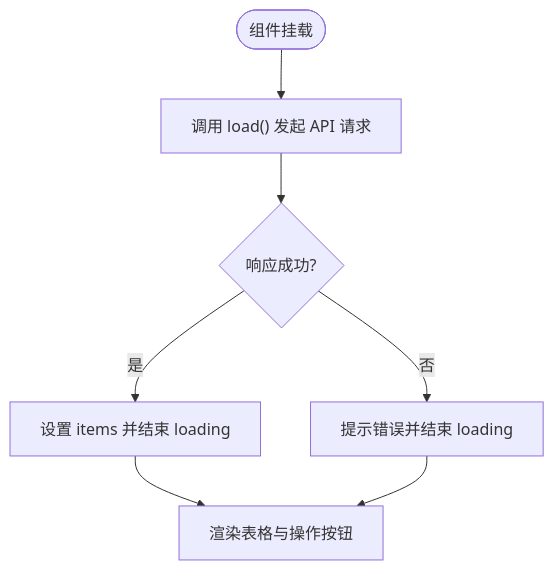
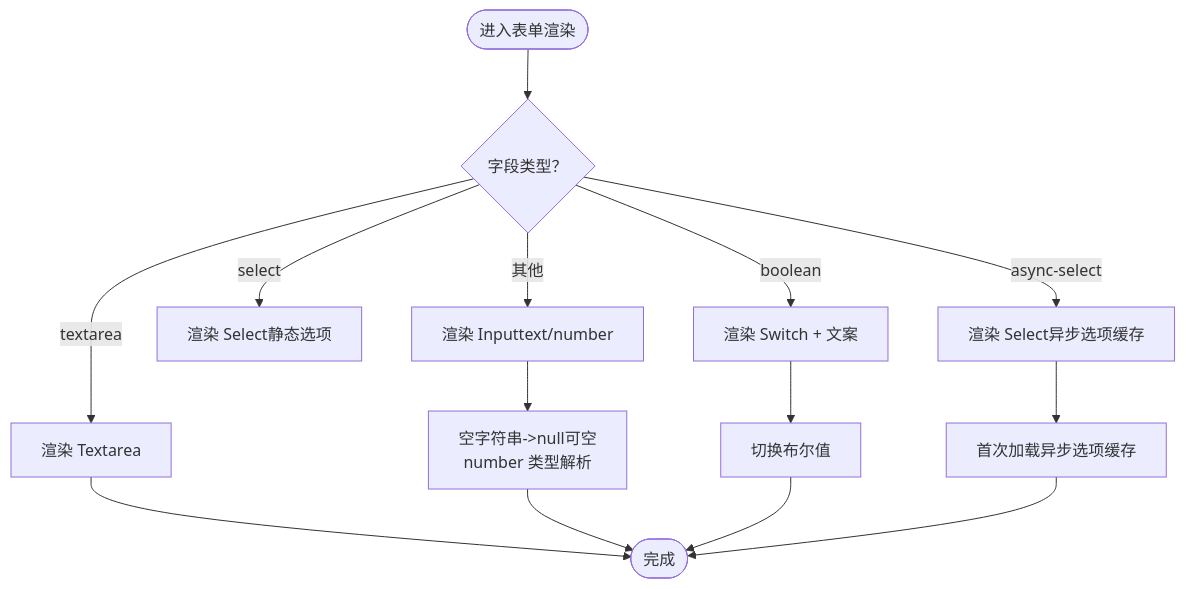
The third of 6 diagrams in docs/前端管理界面/组件设计模式/CRUD 页面组件.md (x01n/My-OpenWaf), drawn with Mermaid before and after one commit. The commit also changed other lines of this file and 199 other files, not shown here.

````diff
--- a/docs/前端管理界面/组件设计模式/CRUD 页面组件.md
+++ b/docs/前端管理界面/组件设计模式/CRUD 页面组件.md
@@ -210,9 +156,16 @@
 ```mermaid
 flowchart TD
-Start(["组件挂载"]) --> Load["调用 load() 发起 API 请求"]
-Load --> Resp{"响应成功?"}
-Resp --> |是| SetItems["设置 items 并结束 loading"]
-Resp --> |否| Toast["提示错误并结束 loading"]
-SetItems --> Render["渲染表格与操作按钮"]
-Toast --> Render
+Start(["进入表单渲染"]) --> CheckType{"字段类型？"}
+CheckType --> |textarea| RenderTextarea["渲染 Textarea"]
+CheckType --> |boolean| RenderSwitch["渲染 Switch + 文案"]
+CheckType --> |select| RenderSelect["渲染 Select静态选项"]
+CheckType --> |async-select| RenderAsyncSelect["渲染 Select异步选项缓存"]
+CheckType --> |其他| RenderInput["渲染 Inputtext/number"]
+RenderAsyncSelect --> LoadAsync["首次加载异步选项缓存"]
+RenderInput --> ParseValue["空字符串->null可空<br/>number 类型解析"]
+RenderSwitch --> Toggle["切换布尔值"]
+RenderTextarea --> End(["完成"])
+ParseValue --> End
+Toggle --> End
+LoadAsync --> End
 ```
````
